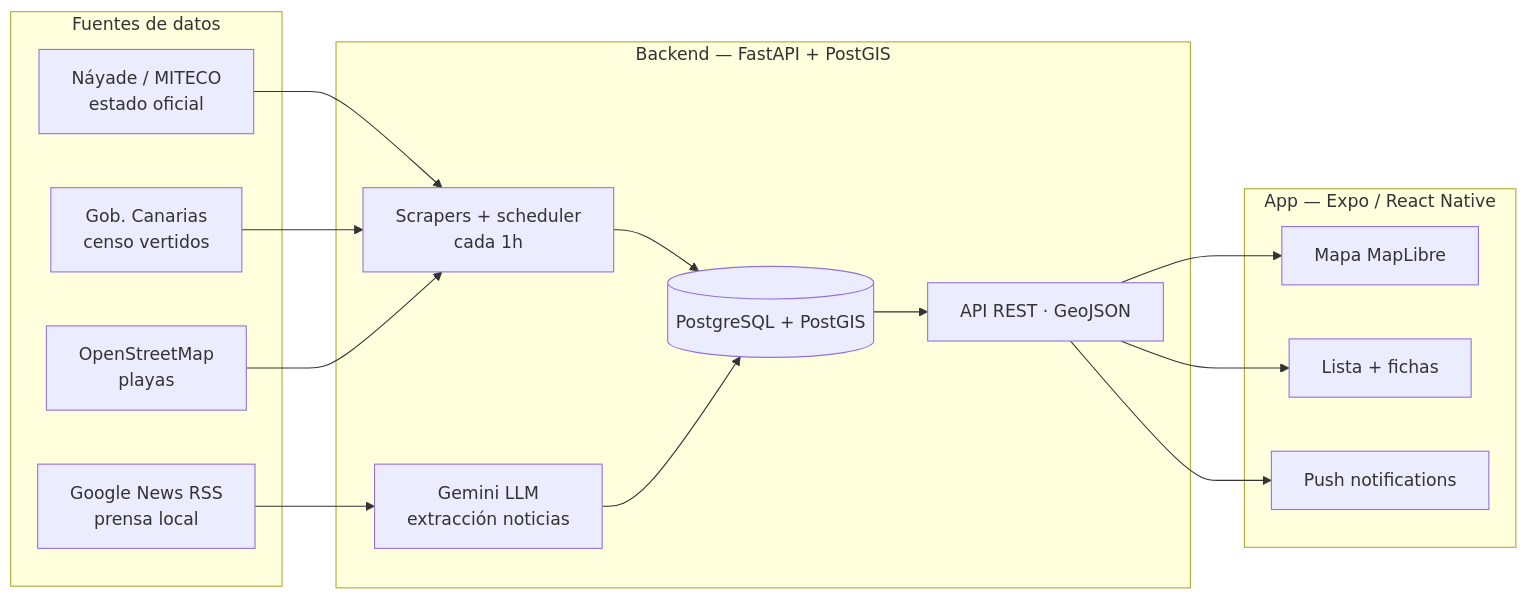
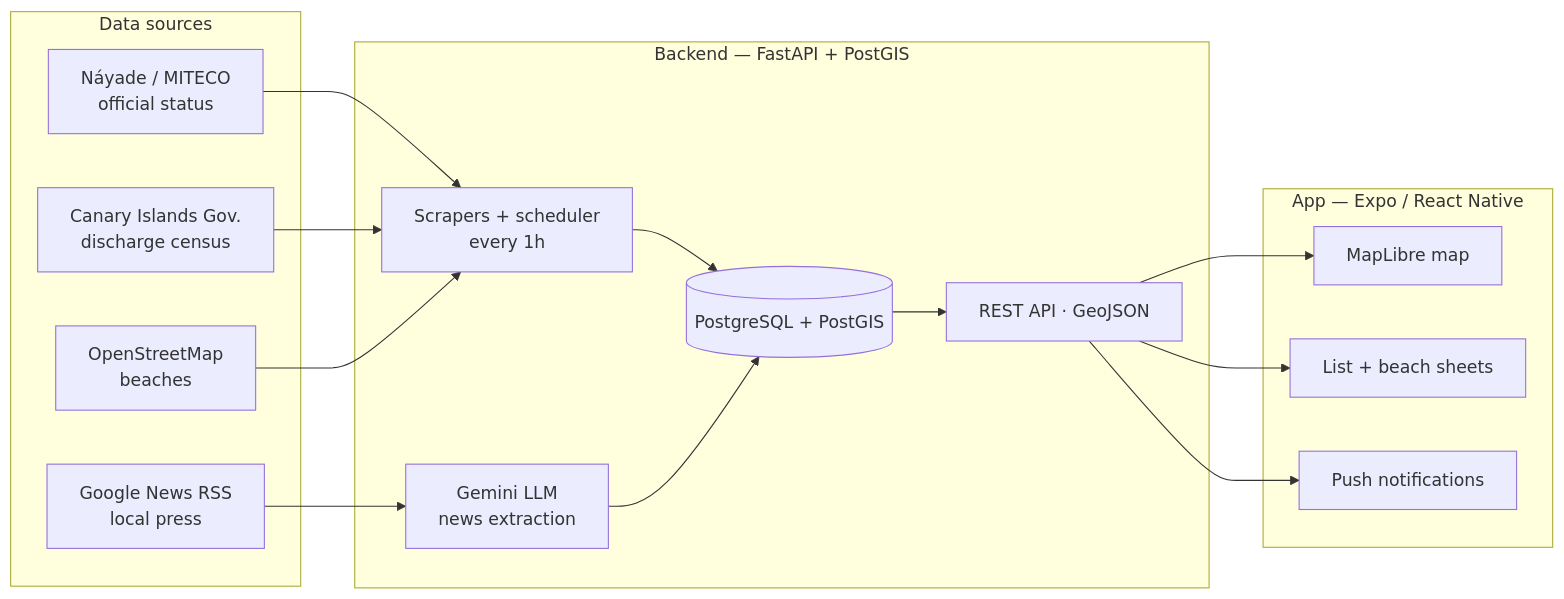
One commit to ayozegr05/checkcoast-tenerife changed the diagram in README.md. Above: the diagram before and after it, drawn with Mermaid. The commit also changed other lines of this file and 2 other files, not shown here.

````diff
--- a/README.md
+++ b/README.md
@@ -41,30 +46,30 @@
 ```mermaid
 flowchart LR
-    subgraph Fuentes["Fuentes de datos"]
-        N["Náyade / MITECO<br>estado oficial"]
-        C["Gob. Canarias<br>censo vertidos"]
-        O["OpenStreetMap<br>playas"]
-        P["Google News RSS<br>prensa local"]
+    subgraph Sources["Data sources"]
+        N["Náyade / MITECO<br>official status"]
+        C["Canary Islands Gov.<br>discharge census"]
+        O["OpenStreetMap<br>beaches"]
+        P["Google News RSS<br>local press"]
     end
     subgraph Backend["Backend — FastAPI + PostGIS"]
-        S["Scrapers + scheduler<br>cada 1h"]
-        L["Gemini LLM<br>extracción noticias"]
+        S["Scrapers + scheduler<br>every 1h"]
+        L["Gemini LLM<br>news extraction"]
         DB[("PostgreSQL + PostGIS")]
-        API["API REST · GeoJSON"]
+        API["REST API · GeoJSON"]
     end
     subgraph App["App — Expo / React Native"]
-        M["Mapa MapLibre"]
-        LI["Lista + fichas"]
+        M["MapLibre map"]
+        LI["List + beach sheets"]
         PU["Push notifications"]
     end
     N --> S
     C --> S
     O --> S
     P --> L
     S --> DB
     L --> DB
     DB --> API
     API --> M
     API --> LI
     API --> PU
 ```
````
